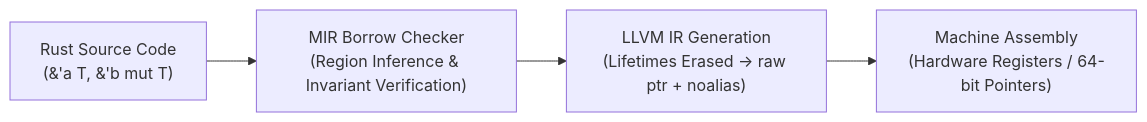
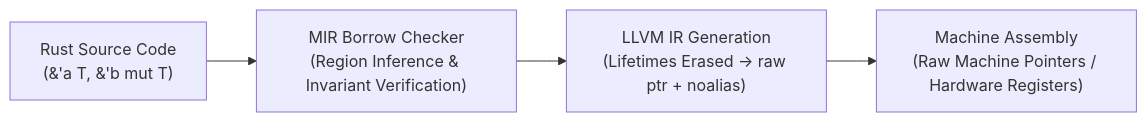
One commit to jonas1ara/jonas1ara.github.io changed the fifth of 7 diagrams in _posts/2026-09-11-memory-safety-without-a-gc-rust-borrow-checker.md. Above: the diagram before and after it, drawn with Mermaid. The commit also changed other lines of this file, not shown here.

````diff
--- a/_posts/2026-09-11-memory-safety-without-a-gc-rust-borrow-checker.md
+++ b/_posts/2026-09-11-memory-safety-without-a-gc-rust-borrow-checker.md
@@ -321,6 +321,6 @@
 ```mermaid
 flowchart LR
     A["Rust Source Code<br/>(&'a T, &'b mut T)"] --> B["MIR Borrow Checker<br/>(Region Inference & Invariant Verification)"]
     B --> C["LLVM IR Generation<br/>(Lifetimes Erased → raw ptr + noalias)"]
-    C --> D["Machine Assembly<br/>(Hardware Registers / 64-bit Pointers)"]
+    C --> D["Machine Assembly<br/>(Raw Machine Pointers / Hardware Registers)"]
 ```
````
